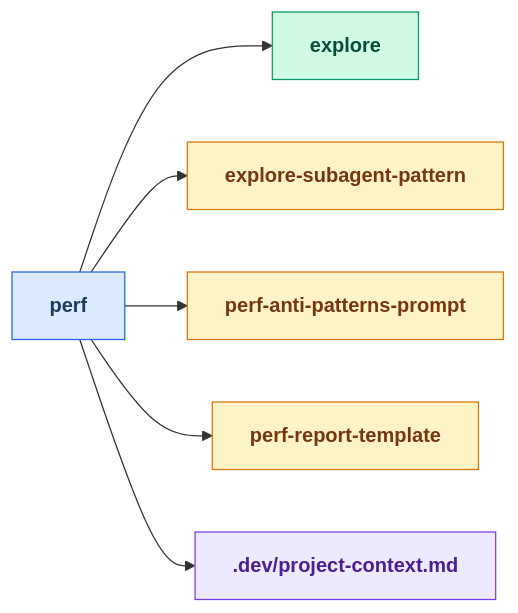
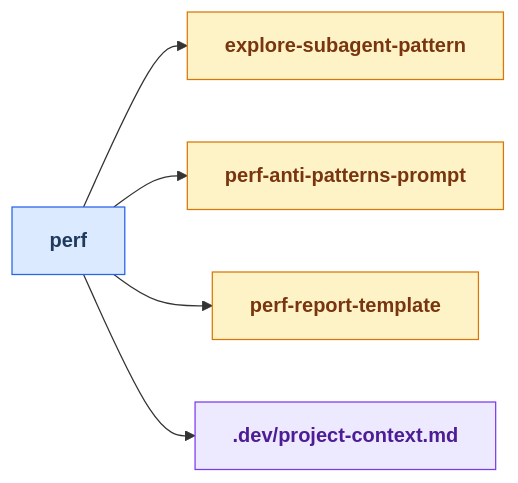
One commit to russell-laing/al-dev-shared changed diagram 22 of 25 in docs/skills_map.md. Above: the diagram before and after it, drawn with Mermaid. The commit also changed other lines of this file and 14 other files, not shown here.

````diff
--- a/docs/skills_map.md
+++ b/docs/skills_map.md
@@ -1025,28 +1038,25 @@
 ```mermaid
 flowchart LR
     classDef skillNode fill:#dbeafe,stroke:#2563eb,color:#1e3a5f,font-weight:bold
     classDef agentNode fill:#d1fae5,stroke:#059669,color:#064e3b,font-weight:bold
     classDef knowledgeNode fill:#fef3c7,stroke:#d97706,color:#78350f,font-weight:bold
     classDef artifactNode fill:#ede9fe,stroke:#7c3aed,color:#4c1d95,font-weight:bold
     classDef phaseNode fill:#e0e7ff,stroke:#6366f1,color:#312e81,font-weight:bold
 
     skill_perf[perf]
-    agent_explore[explore]
     knowledge_explore_subagent_pattern_md[explore-subagent-pattern]
     knowledge_perf_anti_patterns_prompt_md[perf-anti-patterns-prompt]
     knowledge_perf_report_template_md[perf-report-template]
     artifact_project_context_md[.dev/project-context.md]
 
-    skill_perf --> agent_explore
     skill_perf --> knowledge_explore_subagent_pattern_md
     skill_perf --> knowledge_perf_anti_patterns_prompt_md
     skill_perf --> knowledge_perf_report_template_md
     skill_perf --> artifact_project_context_md
 
     class skill_perf skillNode
-    class agent_explore agentNode
     class knowledge_explore_subagent_pattern_md knowledgeNode
     class knowledge_perf_anti_patterns_prompt_md knowledgeNode
     class knowledge_perf_report_template_md knowledgeNode
     class artifact_project_context_md artifactNode
 ```
````
